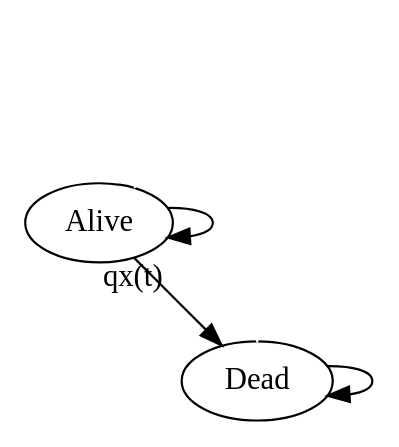
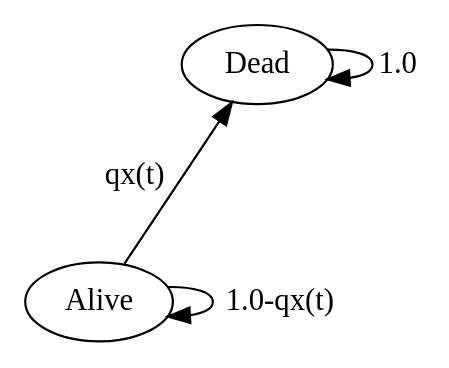
Before and after one commit to graveja0/SMDM-Europe-2023: the diagram in slides/01_mortality.qmd, drawn with Graphviz. The commit also changed other lines of this file and 2 other files, not shown here.

````diff
--- a/slides/01_mortality.qmd
+++ b/slides/01_mortality.qmd
@@ -237,17 +251,13 @@
 ```{dot}
 //| fig-align: center
 //| fig-width: 10
 
 digraph G {
     layout = neato;
     Alive [pos="0,0!"];
-    CVD [pos="1,1!" color="white" fontcolor="white"]; 
-    Dead [pos="1,-1!" ]
-    Alive -> Alive ;
-    CVD -> CVD [color="white"];
-    Alive -> CVD [label="" color="white" fontcolor="white"]; 
-    CVD -> Dead [label="" color="white" fontcolor="white"];
+    Dead [pos="1,1.5!" ]
+    Alive -> Alive [label="1.0-qx(t)"];
     Alive -> Dead [label="qx(t)" ];
-    Dead -> Dead ;
+    Dead -> Dead [label="1.0"];
   }
 ```
````
